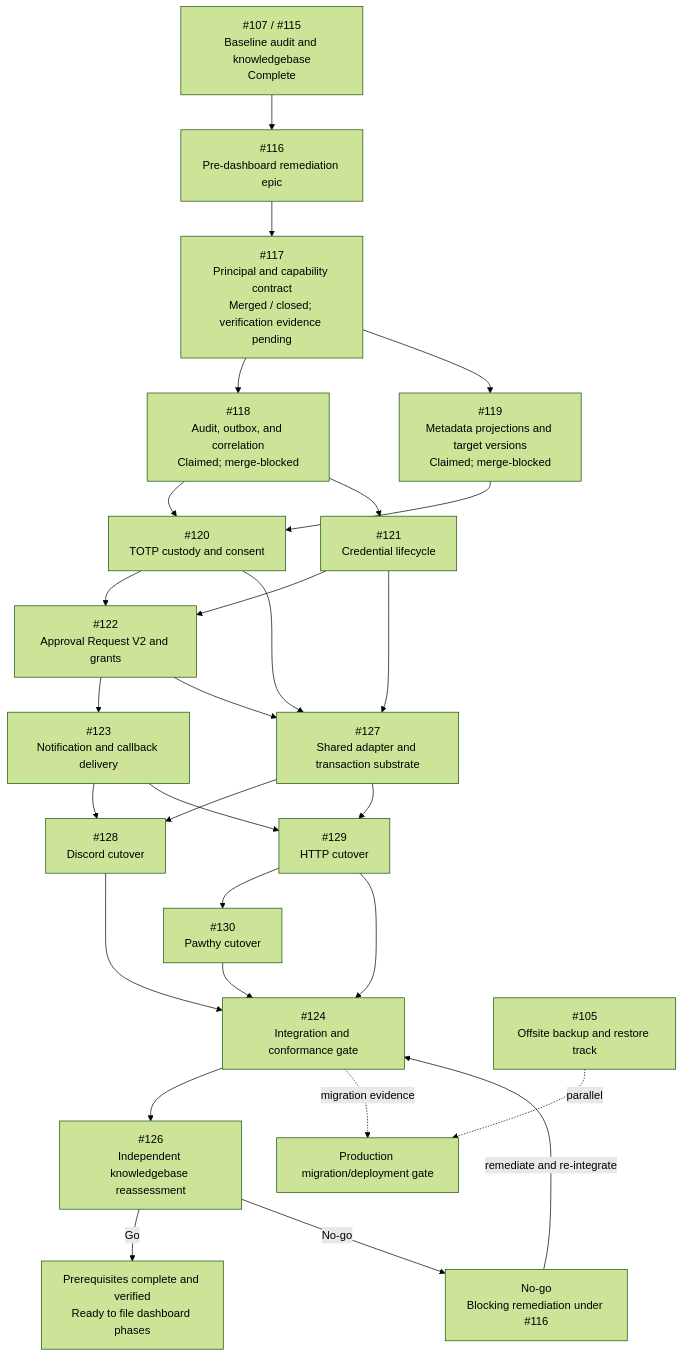
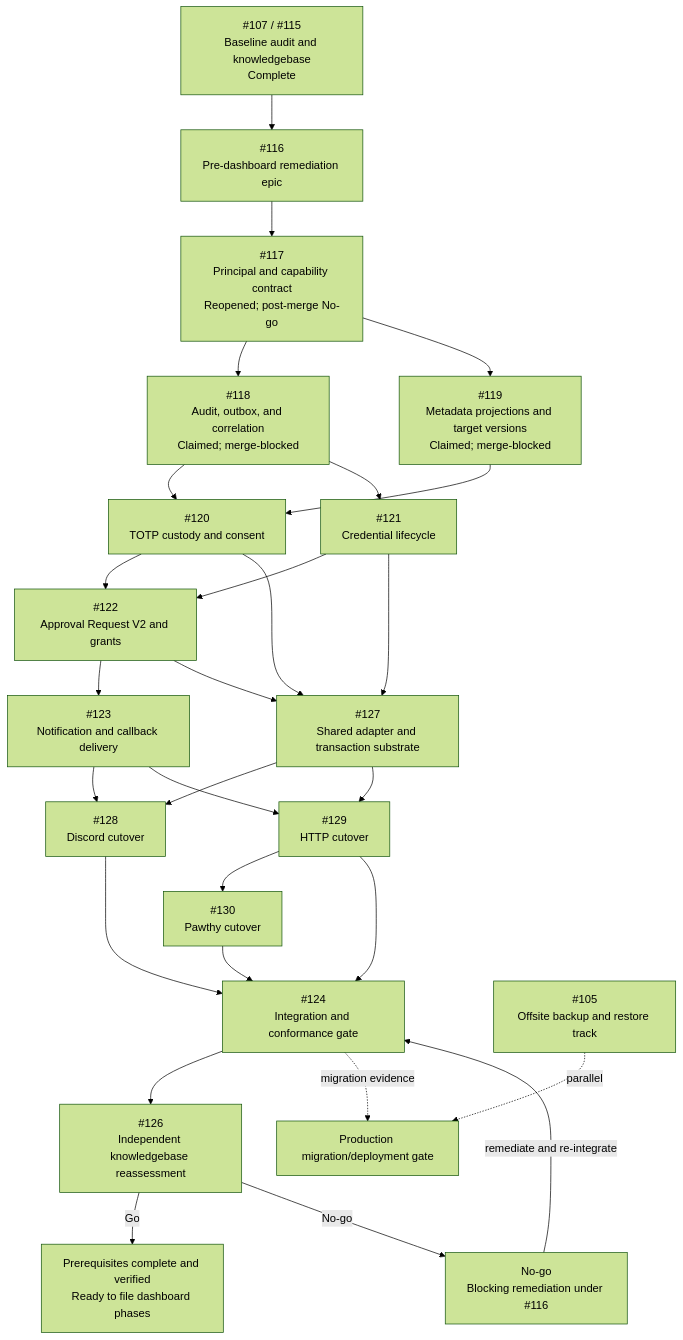
One commit to kuasha420/purrmission changed the diagram in docs/epics/rbac-prerequisite-execution-graph.md. Above: the diagram before and after it, drawn with Mermaid (forest theme). The commit also changed other lines of this file and 2 other files, not shown here.

Commit message:
docs: record RBAC Wave 1 verification no-go

````diff
--- a/docs/epics/rbac-prerequisite-execution-graph.md
+++ b/docs/epics/rbac-prerequisite-execution-graph.md
@@ -71,50 +71,50 @@
 ```mermaid
 flowchart TD
   BASE["#107 / #115<br/>Baseline audit and knowledgebase<br/>Complete"]
   EPIC["#116<br/>Pre-dashboard remediation epic"]
-  I117["#117<br/>Principal and capability contract<br/>Merged / closed; verification evidence pending"]
+  I117["#117<br/>Principal and capability contract<br/>Reopened; post-merge No-go"]
   I118["#118<br/>Audit, outbox, and correlation<br/>Claimed; merge-blocked"]
   I119["#119<br/>Metadata projections and target versions<br/>Claimed; merge-blocked"]
   I120["#120<br/>TOTP custody and consent"]
   I121["#121<br/>Credential lifecycle"]
   I122["#122<br/>Approval Request V2 and grants"]
   I123["#123<br/>Notification and callback delivery"]
   I127["#127<br/>Shared adapter and transaction substrate"]
   I128["#128<br/>Discord cutover"]
   I129["#129<br/>HTTP cutover"]
   I130["#130<br/>Pawthy cutover"]
   I124["#124<br/>Integration and conformance gate"]
   I126["#126<br/>Independent knowledgebase reassessment"]
   READY["Prerequisites complete and verified<br/>Ready to file dashboard phases"]
   NOGO["No-go<br/>Blocking remediation under #116"]
   I105["#105<br/>Offsite backup and restore track"]
   PROD["Production migration/deployment gate"]
 
   BASE --> EPIC
   EPIC --> I117
   I117 --> I118
   I117 --> I119
   I118 --> I120
   I119 --> I120
   I118 --> I121
   I120 --> I122
   I121 --> I122
   I122 --> I123
   I120 --> I127
   I121 --> I127
   I122 --> I127
   I123 --> I128
   I127 --> I128
   I123 --> I129
   I127 --> I129
   I129 --> I130
   I128 --> I124
   I129 --> I124
   I130 --> I124
   I124 --> I126
   I126 -->|Go| READY
   I126 -->|No-go| NOGO
   NOGO -->|remediate and re-integrate| I124
   I105 -. parallel .-> PROD
   I124 -. migration evidence .-> PROD
 ```
````
